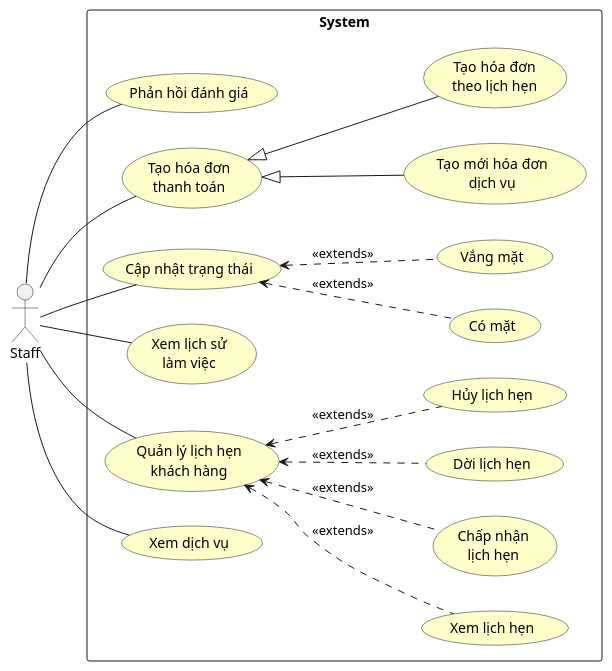
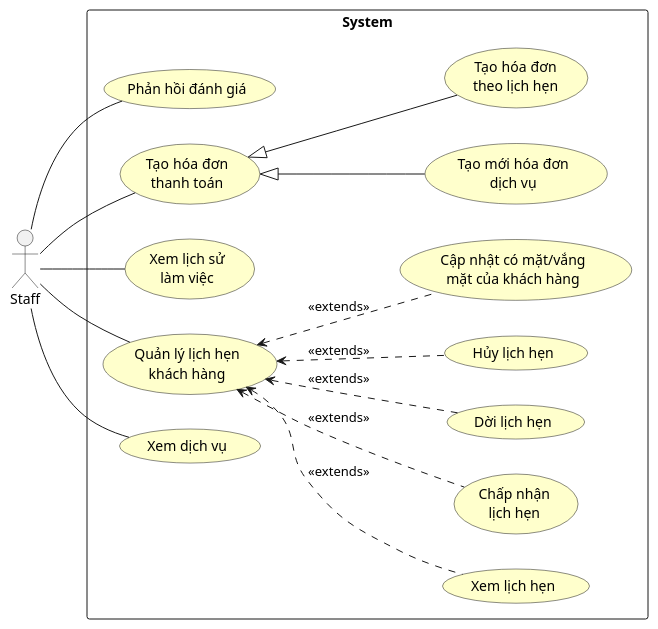
One commit to tozydev/virgo-14 changed the fourth of 8 diagrams in docs/software-specs.md. Above: the diagram before and after it, drawn with PlantUML. The commit also changed other lines of this file, not shown here.

````diff
--- a/docs/software-specs.md
+++ b/docs/software-specs.md
@@ -282,52 +281,48 @@
-```{.plantuml caption="Biểu đồ use case phân rã của **Staff**"}
+```plantuml
+'| fig-cap: Biểu đồ use case phân rã của **Staff**
 @startuml
 
 skinparam usecase {
   BackgroundColor BUSINESS
 }
 
 skinparam note {
   BackgroundColor LightSkyBlue
 }
 
 left to right direction
 
 actor Staff as S
 
 rectangle System {
   usecase "Phản hồi đánh giá" as UC1
   usecase "Tạo hóa đơn\nthanh toán" as UC2
-  usecase "Cập nhật trạng thái" as UC3
   usecase "Xem lịch sử\nlàm việc" as UC4
   usecase "Quản lý lịch hẹn\nkhách hàng" as UC5
   usecase "Xem dịch vụ" as UC6
   usecase "Tạo mới hóa đơn\ndịch vụ" as UC7
   usecase "Tạo hóa đơn\ntheo lịch hẹn" as UC8
-  usecase "Có mặt" as UC9
-  usecase "Vắng mặt" as UC10
   usecase "Xem lịch hẹn" as UC11
   usecase "Chấp nhận\nlịch hẹn" as UC12
   usecase "Dời lịch hẹn" as UC13
   usecase "Hủy lịch hẹn" as UC14
+  usecase "Cập nhật có mặt/vắng\nmặt của khách hàng" as UC15
 }
 
 UC2 <|-- UC7
 UC2 <|-- UC8
 
-UC3 <.. UC9 : <<extends>>
-UC3 <.. UC10 : <<extends>>
-
 UC5 <.. UC11 : <<extends>>
 UC5 <.. UC12 : <<extends>>
 UC5 <.. UC13 : <<extends>>
 UC5 <.. UC14 : <<extends>>
+UC5 <.. UC15 : <<extends>>
 
 S -- UC1
 S -- UC2
-S -- UC3
 S -- UC4
 S -- UC5
 S -- UC6
 
 @enduml
 ```
````
